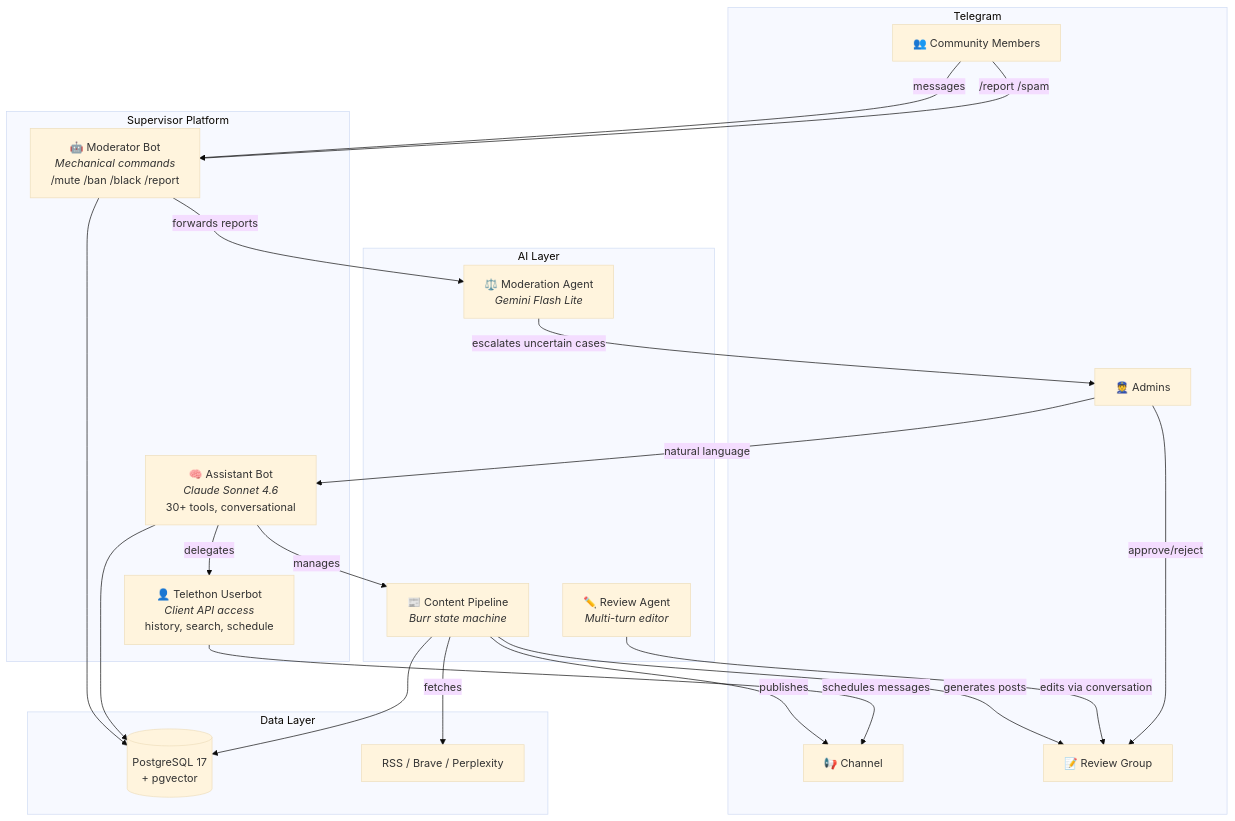
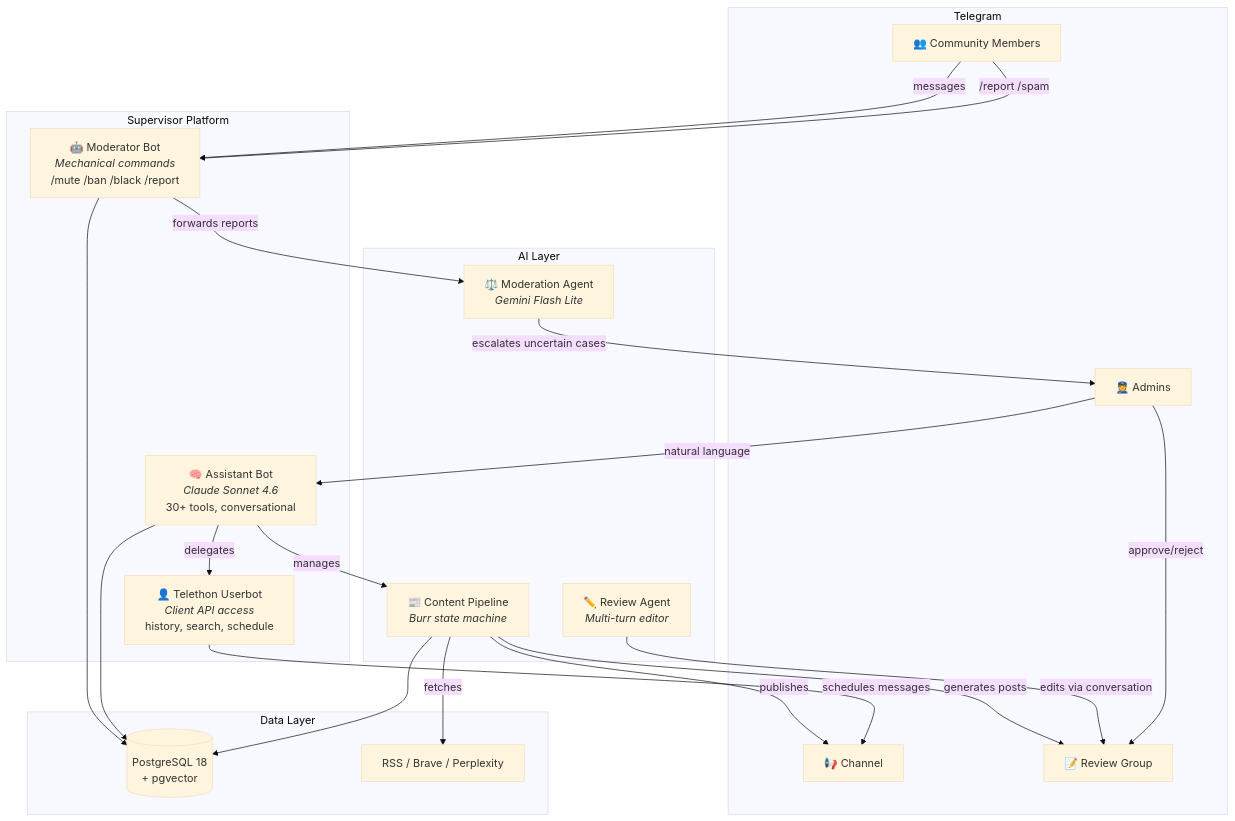
One commit to vsem-azamat/supervisor-telegram changed the first of 4 diagrams in README.md. Above: the diagram before and after it, drawn with Mermaid (base theme). The commit also changed other lines of this file and 39 other files, not shown here.

````diff
--- a/README.md
+++ b/README.md
@@ -27,43 +27,43 @@
 ```mermaid
 graph TB
     subgraph Telegram["Telegram"]
         Users["👥 Community Members"]
         Admins["👮 Admins"]
         Channel["📢 Channel"]
         ReviewGroup["📝 Review Group"]
     end
 
     subgraph System["Supervisor Platform"]
         ModBot["🤖 Moderator Bot<br/><i>Mechanical commands</i><br/>/mute /ban /black /report"]
         Assistant["🧠 Assistant Bot<br/><i>Claude Sonnet 4.6</i><br/>30+ tools, conversational"]
         Userbot["👤 Telethon Userbot<br/><i>Client API access</i><br/>history, search, schedule"]
     end
 
     subgraph AI["AI Layer"]
         ModAgent["⚖️ Moderation Agent<br/><i>Gemini Flash Lite</i>"]
         Pipeline["📰 Content Pipeline<br/><i>Burr state machine</i>"]
         ReviewAgent["✏️ Review Agent<br/><i>Multi-turn editor</i>"]
     end
 
     subgraph Data["Data Layer"]
-        PG[("PostgreSQL 17<br/>+ pgvector")]
+        PG[("PostgreSQL 18<br/>+ pgvector")]
         Sources["RSS / Brave / Perplexity"]
     end
 
     Users -->|messages| ModBot
     Users -->|/report /spam| ModBot
     Admins -->|natural language| Assistant
     ModBot -->|forwards reports| ModAgent
     ModAgent -->|escalates uncertain cases| Admins
     Assistant -->|manages| Pipeline
     Pipeline -->|fetches| Sources
     Pipeline -->|generates posts| ReviewGroup
     ReviewAgent -->|edits via conversation| ReviewGroup
     Admins -->|approve/reject| ReviewGroup
     Pipeline -->|publishes| Channel
     Userbot -->|schedules messages| Channel
     Assistant -->|delegates| Userbot
     ModBot --> PG
     Assistant --> PG
     Pipeline --> PG
 ```
````
